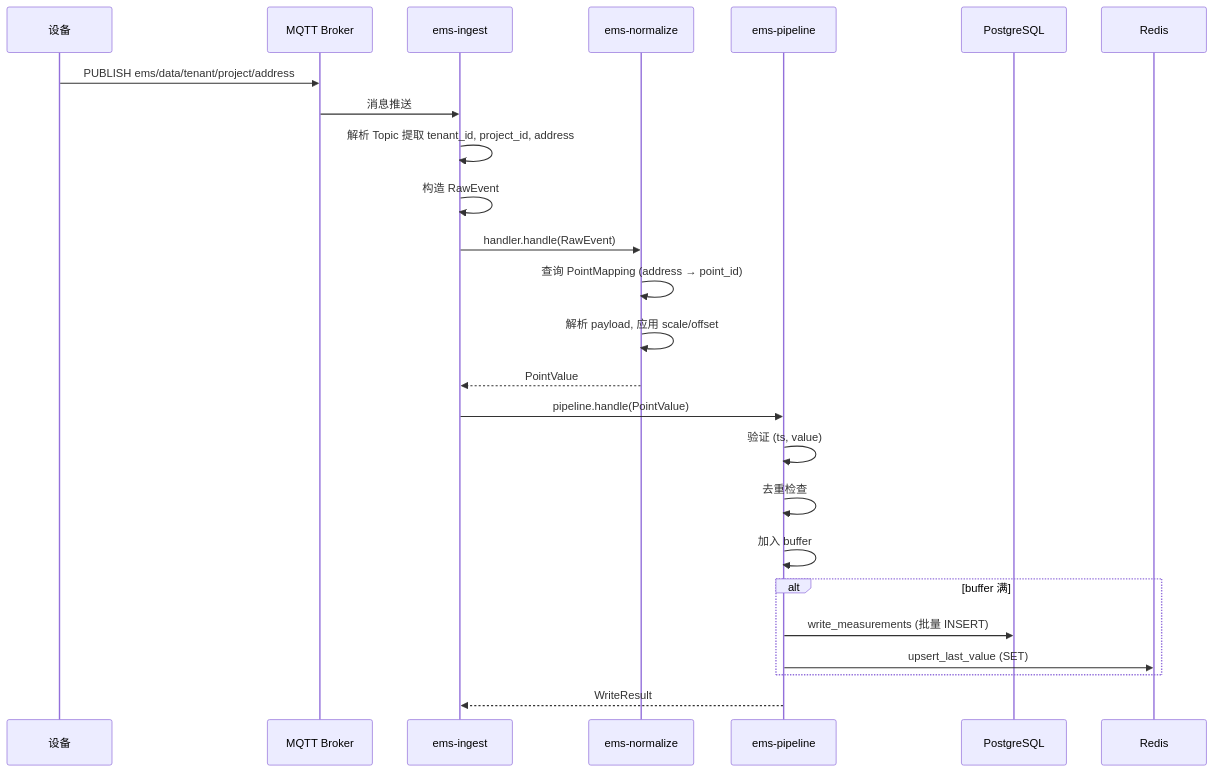
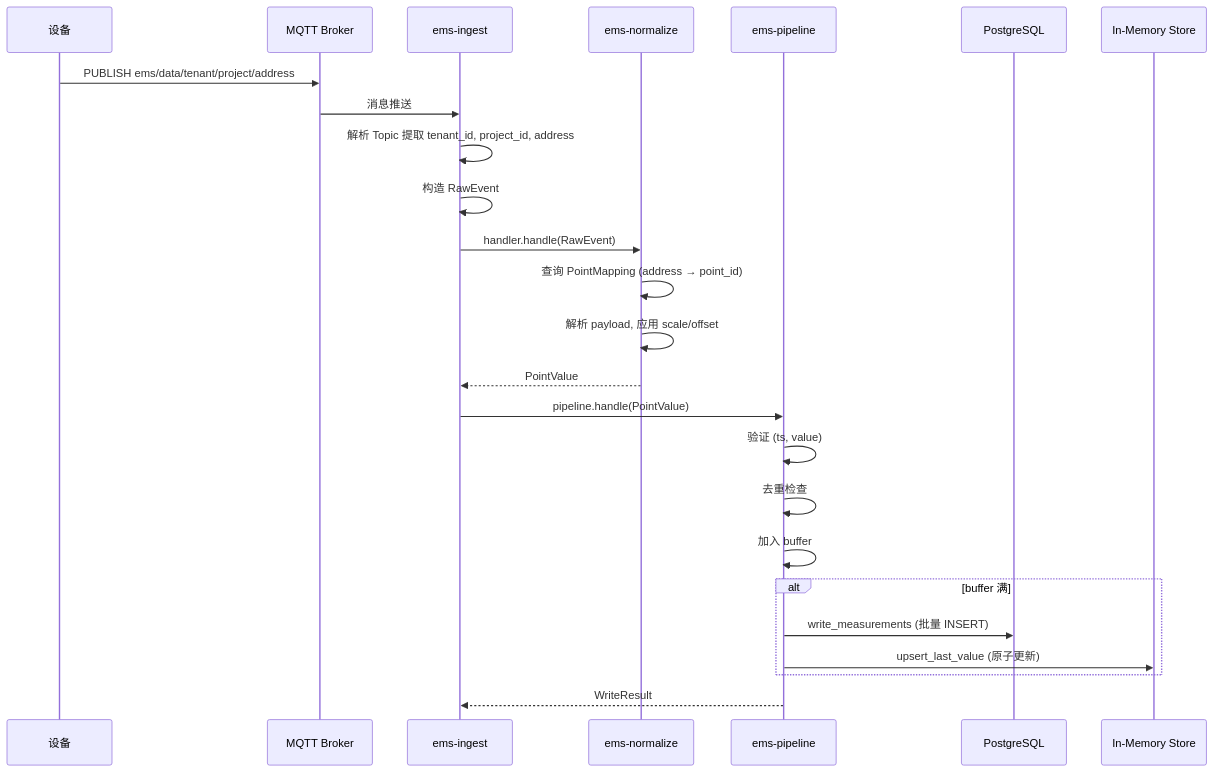
Before and after one commit to zw834675966/ems: the second of 4 diagrams in docs/project-management/ENGINEERING_REFERENCE.md, drawn with Mermaid. The commit also changed other lines of this file and 69 other files, not shown here.

````diff
--- a/docs/project-management/ENGINEERING_REFERENCE.md
+++ b/docs/project-management/ENGINEERING_REFERENCE.md
@@ -457,28 +455,28 @@
 ```mermaid
 sequenceDiagram
     participant Device as 设备
     participant MQTT as MQTT Broker
     participant Ingest as ems-ingest
     participant Normalize as ems-normalize
     participant Pipeline as ems-pipeline
     participant Pg as PostgreSQL
-    participant Redis as Redis
+    participant Memory as In-Memory Store
 
     Device->>MQTT: PUBLISH ems/data/tenant/project/address
     MQTT->>Ingest: 消息推送
     Ingest->>Ingest: 解析 Topic 提取 tenant_id, project_id, address
     Ingest->>Ingest: 构造 RawEvent
     Ingest->>Normalize: handler.handle(RawEvent)
     Normalize->>Normalize: 查询 PointMapping (address → point_id)
     Normalize->>Normalize: 解析 payload, 应用 scale/offset
     Normalize-->>Ingest: PointValue
     Ingest->>Pipeline: pipeline.handle(PointValue)
     Pipeline->>Pipeline: 验证 (ts, value)
     Pipeline->>Pipeline: 去重检查
     Pipeline->>Pipeline: 加入 buffer
     alt buffer 满
         Pipeline->>Pg: write_measurements (批量 INSERT)
-        Pipeline->>Redis: upsert_last_value (SET)
+        Pipeline->>Memory: upsert_last_value (原子更新)
     end
     Pipeline-->>Ingest: WriteResult
 ```
````
